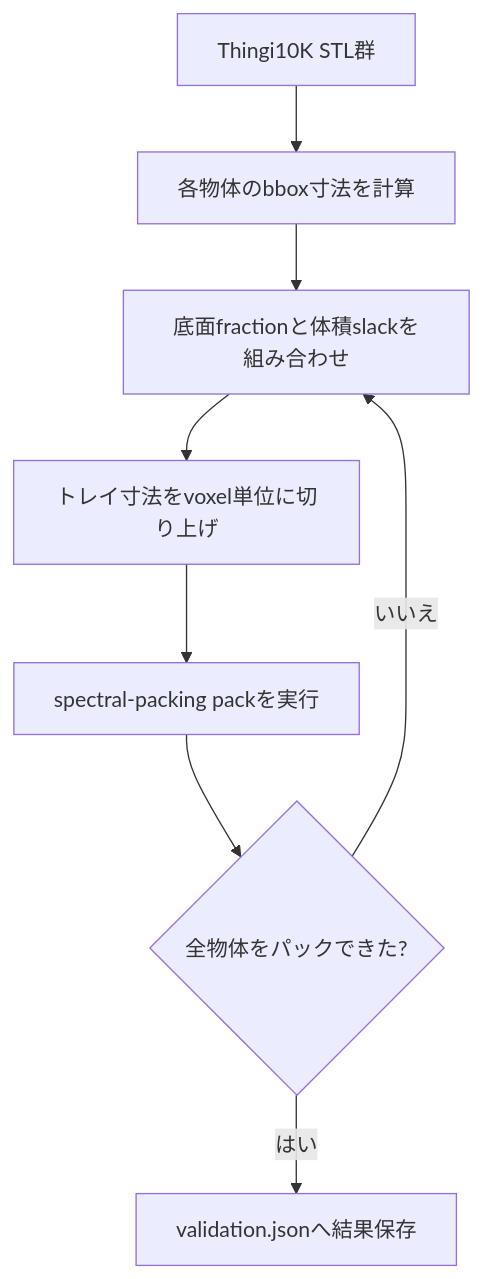
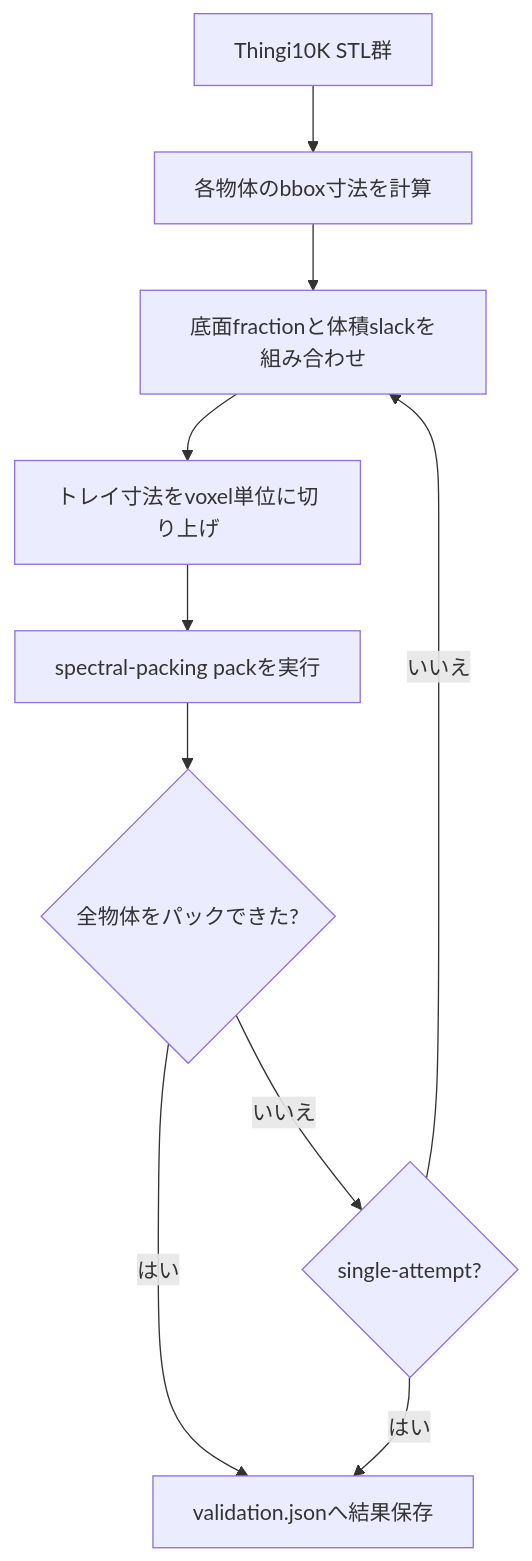
One commit to tanashou1/3d-packing changed the ninth of 9 diagrams in docs/implementation-details.md. Above: the diagram before and after it, drawn with Mermaid. The commit also changed other lines of this file and 367 other files, not shown here.

````diff
--- a/docs/implementation-details.md
+++ b/docs/implementation-details.md
@@ -290,10 +294,12 @@
 ```mermaid
 flowchart TD
     A[Thingi10K STL群] --> B[各物体のbbox寸法を計算]
     B --> C[底面fractionと体積slackを組み合わせ]
     C --> D[トレイ寸法をvoxel単位に切り上げ]
     D --> E[spectral-packing packを実行]
     E --> F{全物体をパックできた?}
     F -- はい --> G[validation.jsonへ結果保存]
-    F -- いいえ --> C
+    F -- いいえ --> H{single-attempt?}
+    H -- はい --> G
+    H -- いいえ --> C
 ```
````
